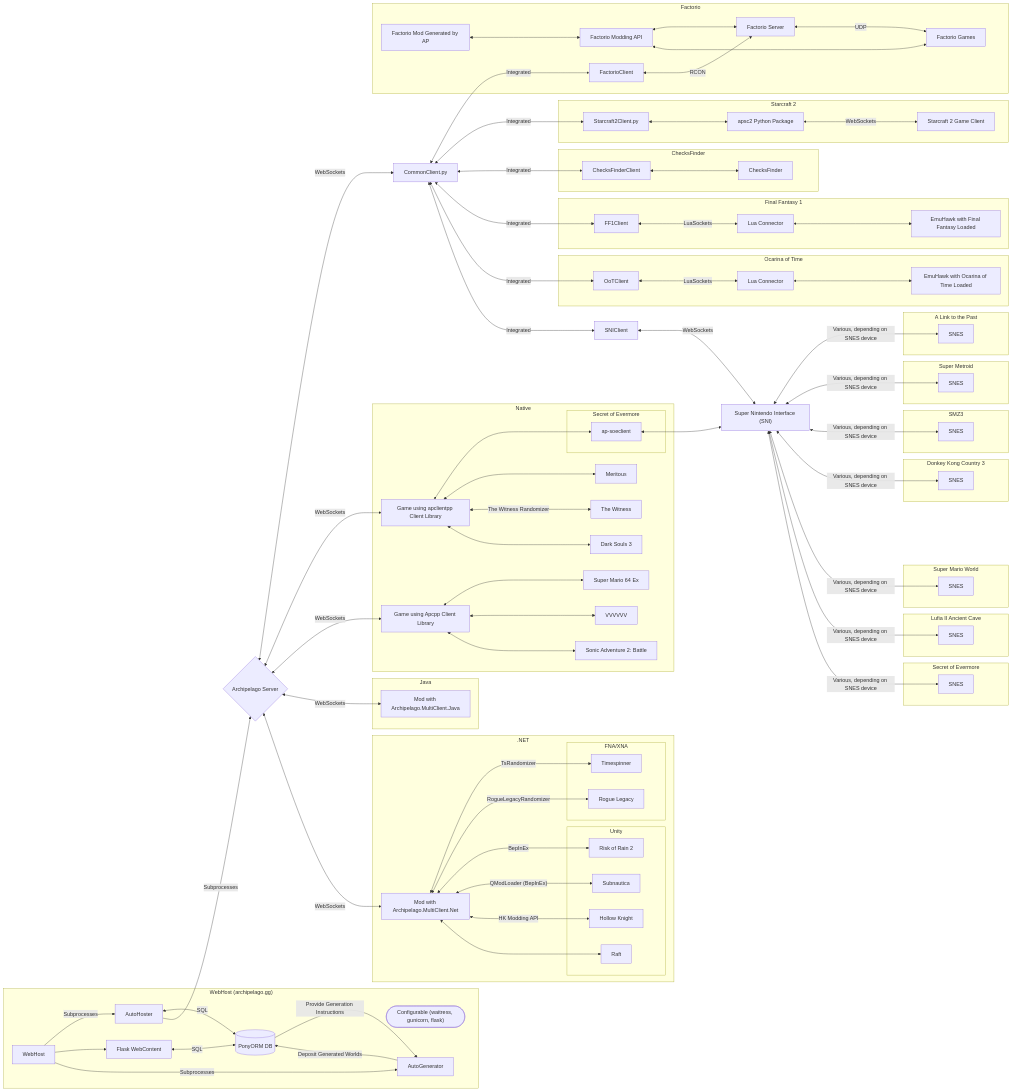
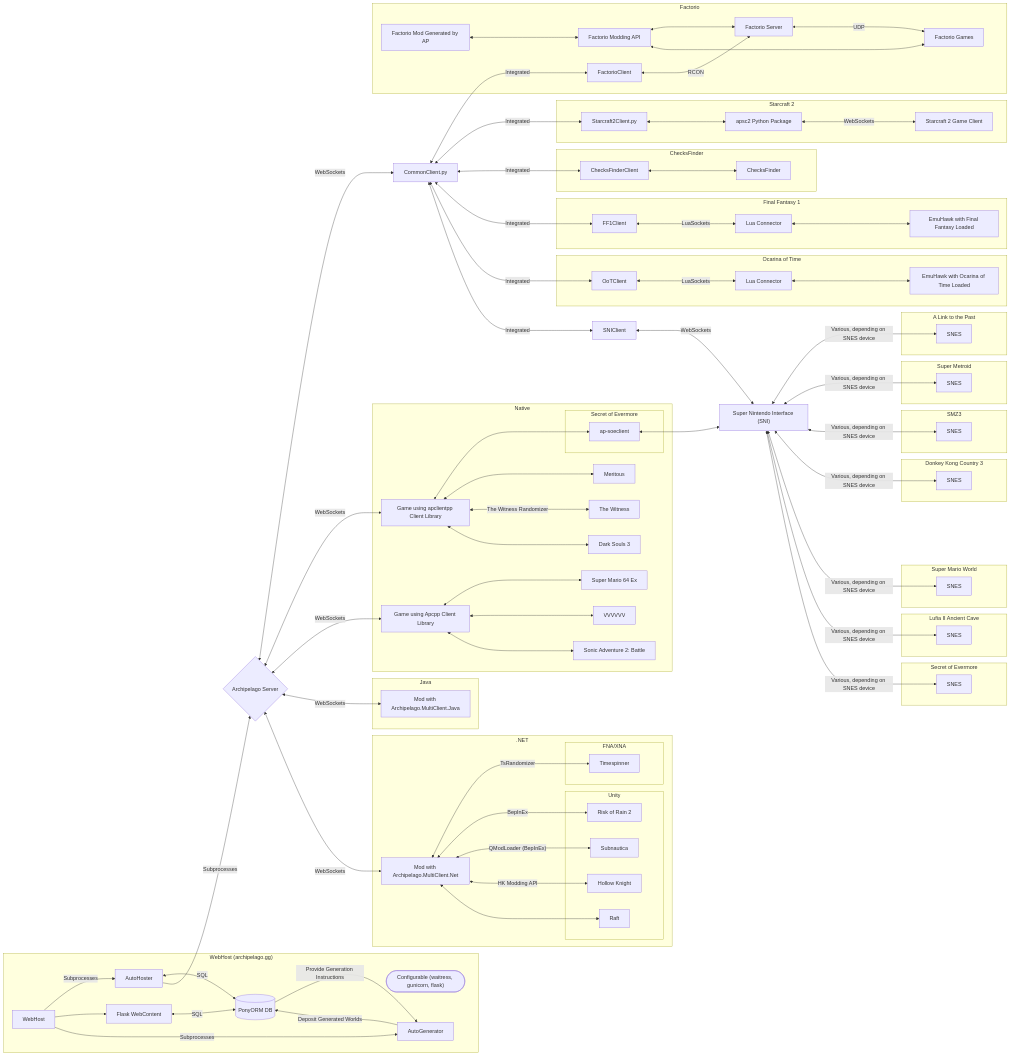
One commit to ArchipelagoMW/Archipelago changed the diagram in docs/network diagram/network diagram.md. Above: the diagram before and after it, drawn with Mermaid.

Commit message:
Update network diagram.md

```diff
--- a/docs/network diagram/network diagram.md
+++ b/docs/network diagram/network diagram.md
@@ -125,10 +125,8 @@
         NM[Mod with Archipelago.MultiClient.Net]
         subgraph FNA/XNA
             TS[Timespinner]
-            RL[Rogue Legacy]
         end
         NM <-- TsRandomizer --> TS
-        NM <-- RogueLegacyRandomizer --> RL
         subgraph Unity
             ROR[Risk of Rain 2]
             SN[Subnautica]
```
